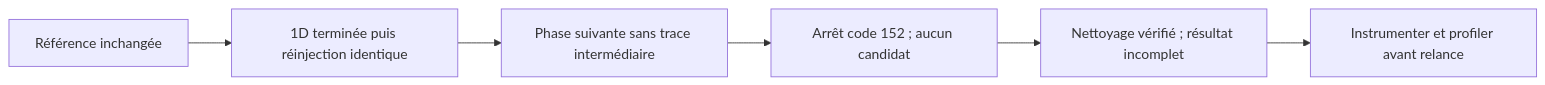
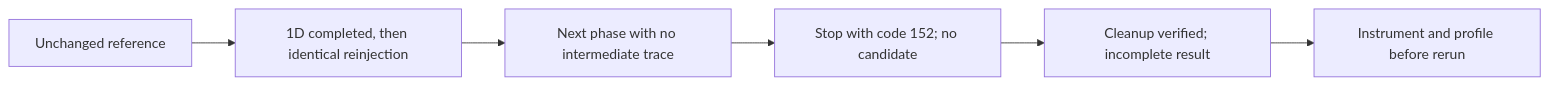
The diagram in docs/reports/M64_LOCAL_SIZE_TRIAL_20260909.md (cluster2600/porscheparts), drawn with Mermaid before and after one commit. The commit also changed other lines of this file and 228 other files, not shown here.

````diff
--- a/docs/reports/M64_LOCAL_SIZE_TRIAL_20260909.md
+++ b/docs/reports/M64_LOCAL_SIZE_TRIAL_20260909.md
@@ -73,8 +73,8 @@
 ```mermaid
 flowchart LR
-    A["Référence inchangée"] --> B["1D terminée puis réinjection identique"]
-    B --> C["Phase suivante sans trace intermédiaire"]
-    C --> D["Arrêt code 152 ; aucun candidat"]
-    D --> E["Nettoyage vérifié ; résultat incomplet"]
-    E --> F["Instrumenter et profiler avant relance"]
+    A["Unchanged reference"] --> B["1D completed, then identical reinjection"]
+    B --> C["Next phase with no intermediate trace"]
+    C --> D["Stop with code 152; no candidate"]
+    D --> E["Cleanup verified; incomplete result"]
+    E --> F["Instrument and profile before rerun"]
 ```
````
